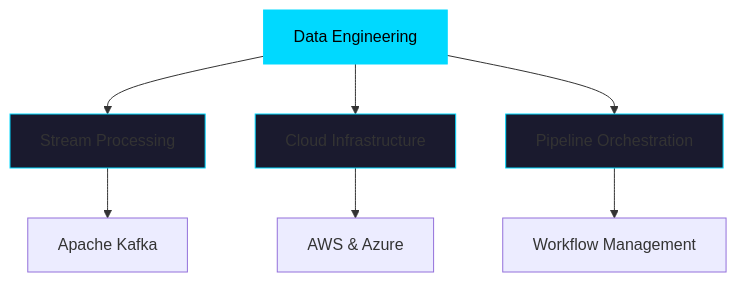
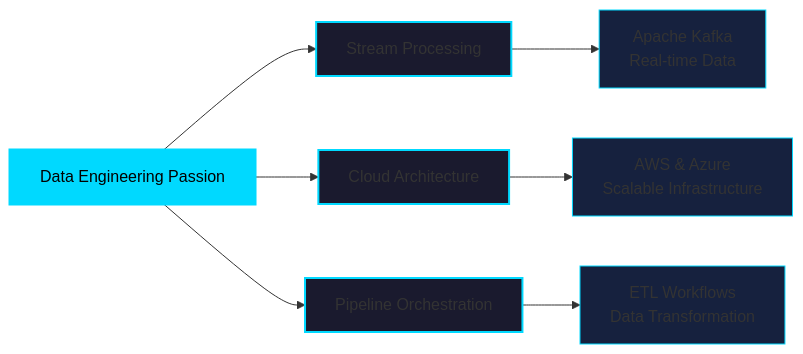
The diagram in README.md (Marrowdust/Marrowdust), drawn with Mermaid before and after one commit. The commit also changed other lines of this file, not shown here.

````diff
--- a/README.md
+++ b/README.md
@@ -77,13 +118,17 @@
 ```mermaid
-graph TD
-    A[Data Engineering] --> B[Stream Processing]
-    A --> C[Cloud Infrastructure]
+graph LR
+    A[Data Engineering Passion] --> B[Stream Processing]
+    A --> C[Cloud Architecture]
     A --> D[Pipeline Orchestration]
-    B --> E[Apache Kafka]
-    C --> F[AWS & Azure]
-    D --> G[Workflow Management]
-    style A fill:#00D9FF,stroke:#00D9FF,color:#000
-    style B fill:#1a1a2e,stroke:#00D9FF
-    style C fill:#1a1a2e,stroke:#00D9FF
-    style D fill:#1a1a2e,stroke:#00D9FF
+    B --> E[Apache Kafka<br/>Real-time Data]
+    C --> F[AWS & Azure<br/>Scalable Infrastructure]
+    D --> G[ETL Workflows<br/>Data Transformation]
+    
+    style A fill:#00D9FF,stroke:#00D9FF,color:#000,stroke-width:3px
+    style B fill:#1a1a2e,stroke:#00D9FF,stroke-width:2px
+    style C fill:#1a1a2e,stroke:#00D9FF,stroke-width:2px
+    style D fill:#1a1a2e,stroke:#00D9FF,stroke-width:2px
+    style E fill:#16213e,stroke:#00D9FF
+    style F fill:#16213e,stroke:#00D9FF
+    style G fill:#16213e,stroke:#00D9FF
 ```
````
